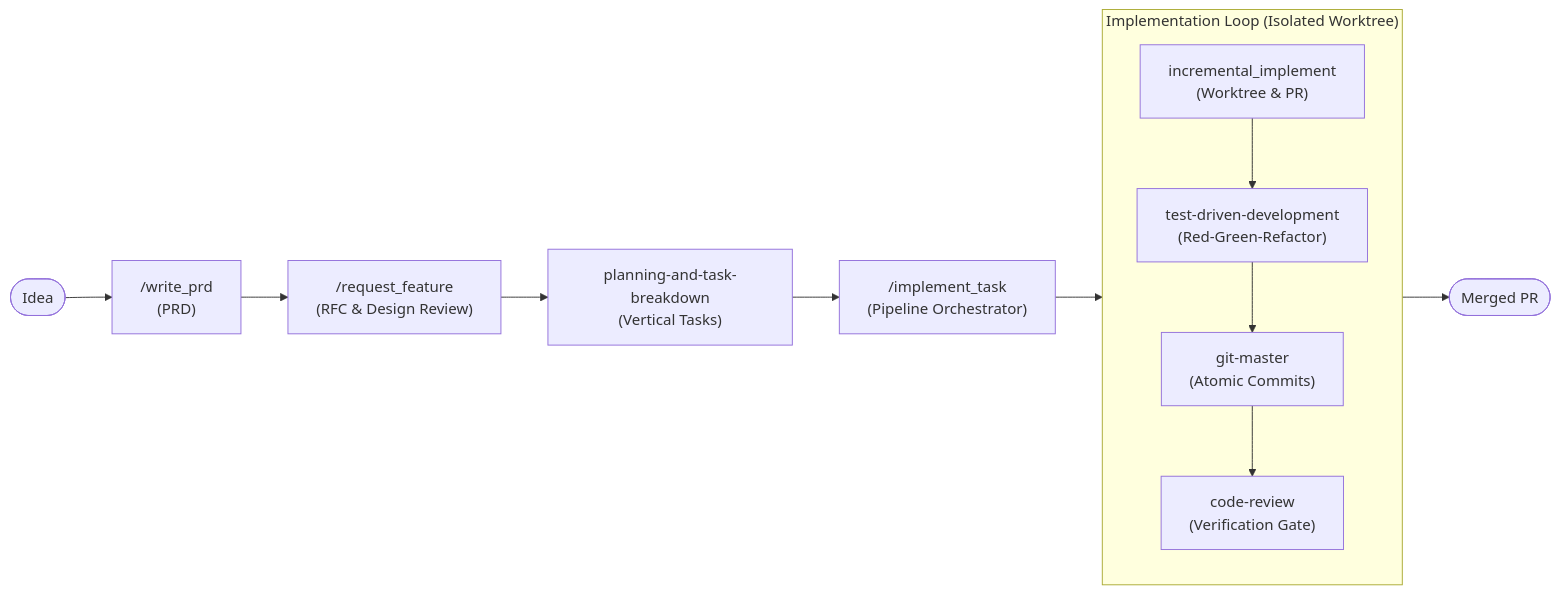
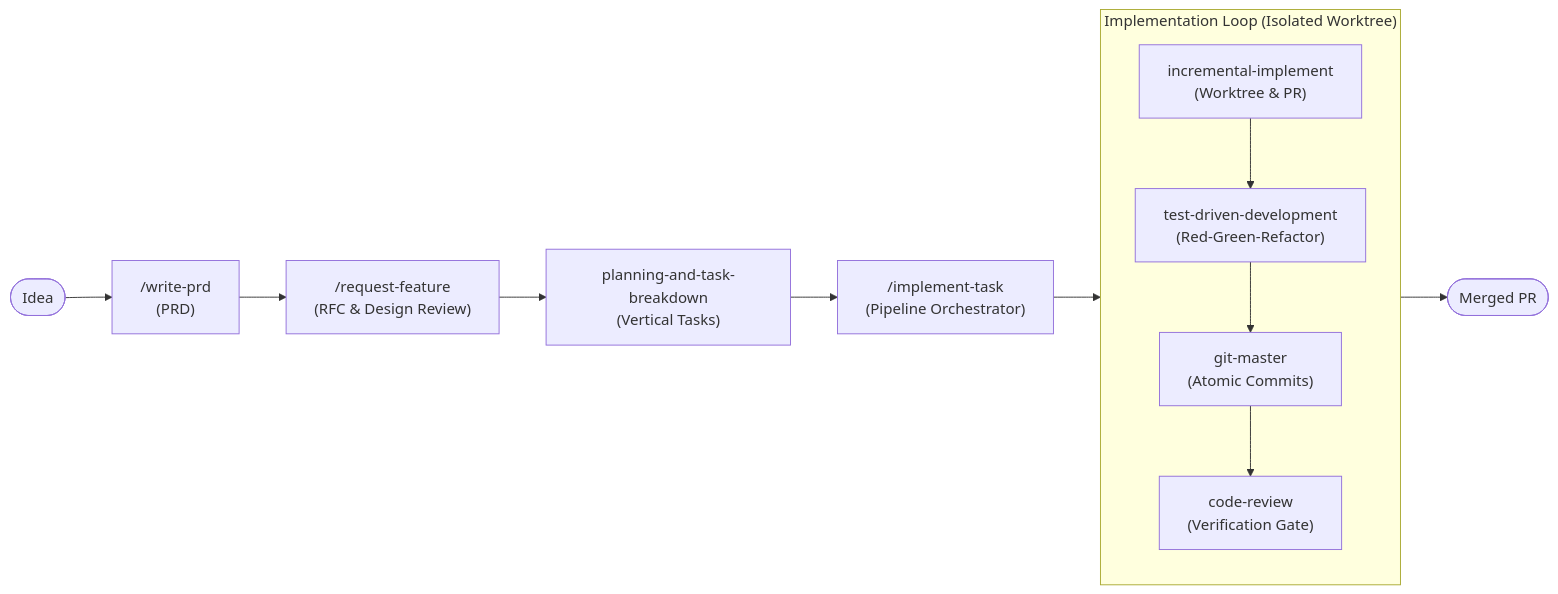
One commit to allanbian1017/skills changed the first of 2 diagrams in skills/development/README.md. Above: the diagram before and after it, drawn with Mermaid. The commit also changed other lines of this file and 21 other files, not shown here.

````diff
--- a/skills/development/README.md
+++ b/skills/development/README.md
@@ -11,19 +11,19 @@
 ```mermaid
 flowchart LR
-    Idea([Idea]) --> write_prd["/write_prd\n(PRD)"]
-    write_prd --> request_feature["/request_feature\n(RFC & Design Review)"]
-    request_feature --> planning["planning-and-task-breakdown\n(Vertical Tasks)"]
-    planning --> implement_task["/implement_task\n(Pipeline Orchestrator)"]
+    Idea([Idea]) --> prd["/write-prd\n(PRD)"]
+    prd --> rfc["/request-feature\n(RFC & Design Review)"]
+    rfc --> planning["planning-and-task-breakdown\n(Vertical Tasks)"]
+    planning --> orchestrator["/implement-task\n(Pipeline Orchestrator)"]
     
     subgraph Implementation ["Implementation Loop (Isolated Worktree)"]
         direction TB
-        incremental["incremental_implement\n(Worktree & PR)"]
+        incremental["incremental-implement\n(Worktree & PR)"]
         tdd["test-driven-development\n(Red-Green-Refactor)"]
         git_master["git-master\n(Atomic Commits)"]
         code_review["code-review\n(Verification Gate)"]
         incremental --> tdd --> git_master --> code_review
     end
 
-    implement_task --> Implementation
+    orchestrator --> Implementation
     Implementation --> Merge([Merged PR])
 ```
````
